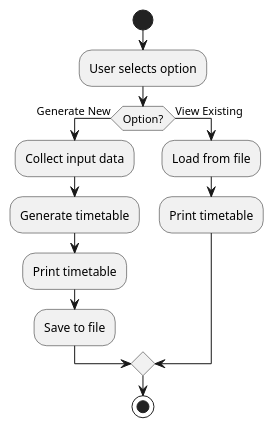
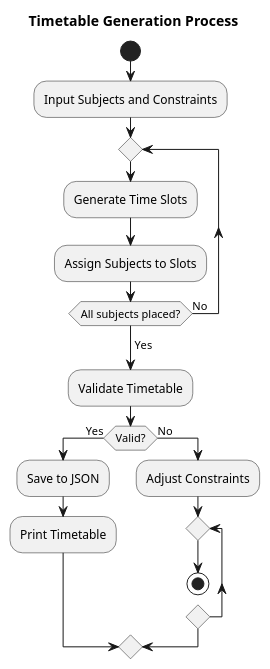
One commit to BhaveshSabharwal/JAVA-and-DSA-Sem-end-Project changed the diagram in UML/code/Activity.puml. Above: the diagram before and after it, drawn with PlantUML. The commit also changed 21 other files, not shown here.

Commit message:
Updated UML diagrams

```diff
--- a/UML/code/Activity.puml
+++ b/UML/code/Activity.puml
@@ -1,14 +1,19 @@
-@startuml
+@startuml activity
+title Timetable Generation Process
+
 start
-:User selects option;
-if (Option?) then (Generate New)
-  :Collect input data;
-  :Generate timetable;
-  :Print timetable;
-  :Save to file;
-else (View Existing)
-  :Load from file;
-  :Print timetable;
-endif
+:Input Subjects and Constraints;
+repeat
+  :Generate Time Slots;
+  :Assign Subjects to Slots;
+repeat while (All subjects placed?) is (No)
+->Yes;
+:Validate Timetable;
+if (Valid?) then (Yes)
+  :Save to JSON;
+  :Print Timetable;
+else (No)
+  :Adjust Constraints;
+  repeat
 stop
 @enduml
```
